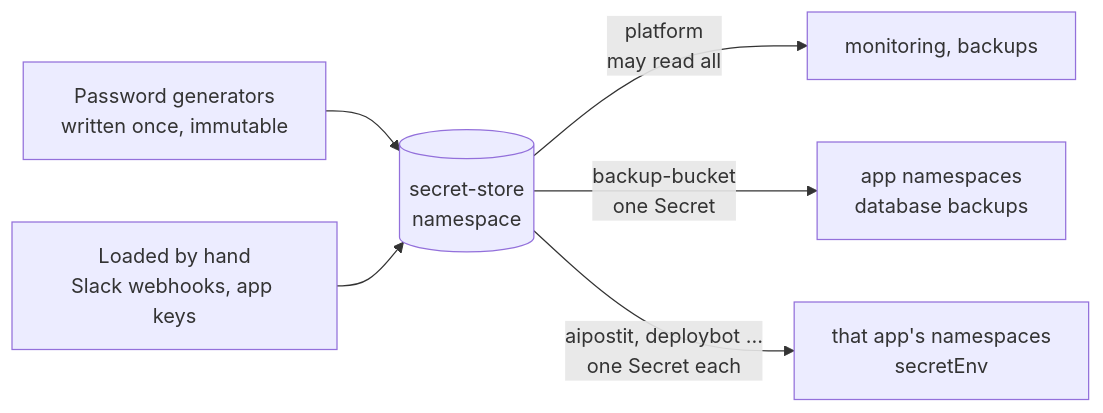
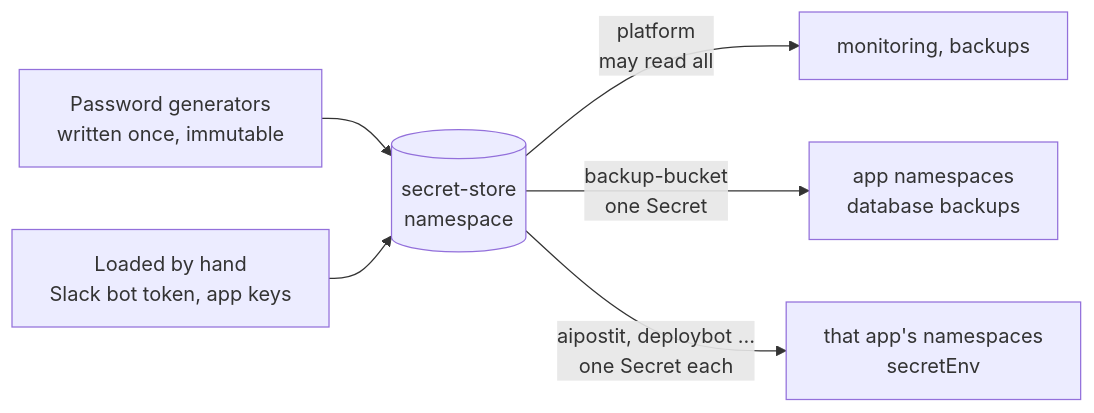
One commit to easypeasyops/platform changed the third of 3 diagrams in docs/DESIGN.md. Above: the diagram before and after it, drawn with Mermaid. The commit also changed other lines of this file and 11 other files, not shown here.

First line of the commit message:
Alertmanager: Slack through one bot token, the channels in git (PT-103) (#277)

````diff
--- a/docs/DESIGN.md
+++ b/docs/DESIGN.md
@@ -399,8 +399,8 @@
 ```mermaid
 flowchart LR
   gen["Password generators<br/>written once, immutable"] --> store[("secret-store<br/>namespace")]
-  hand["Loaded by hand<br/>Slack webhooks, app keys"] --> store
+  hand["Loaded by hand<br/>Slack bot token, app keys"] --> store
   store -->|"platform<br/>may read all"| p["monitoring, backups"]
   store -->|"backup-bucket<br/>one Secret"| a["app namespaces<br/>database backups"]
   store -->|"aipostit, deploybot …<br/>one Secret each"| o["that app's namespaces<br/>secretEnv"]
 ```
````
